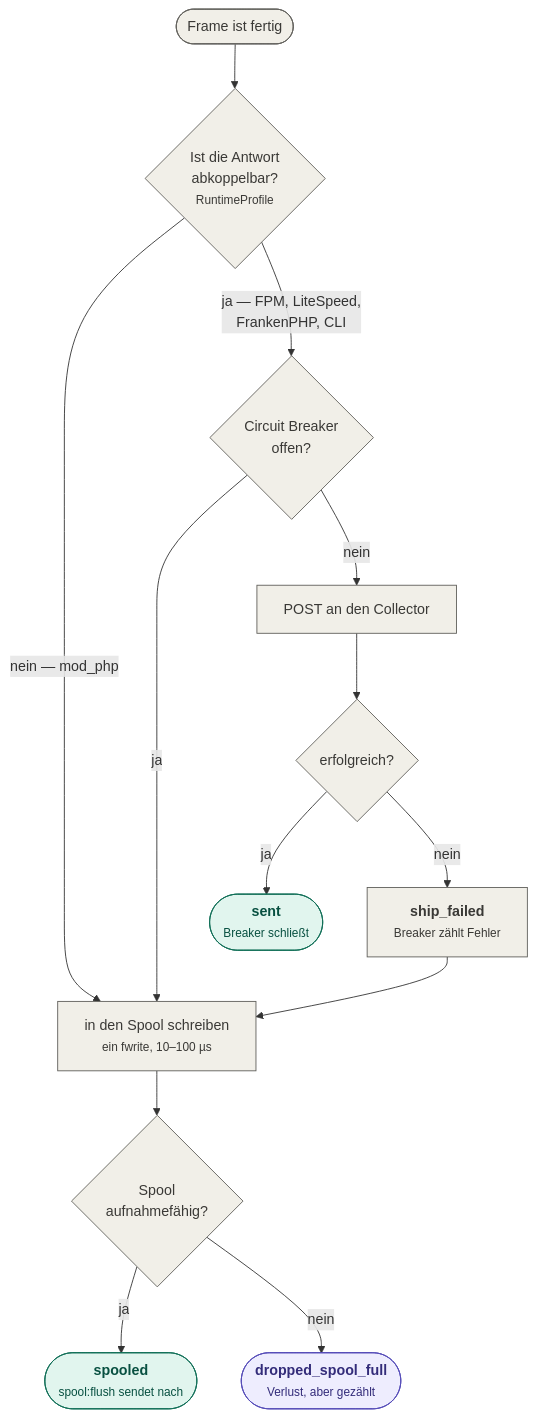
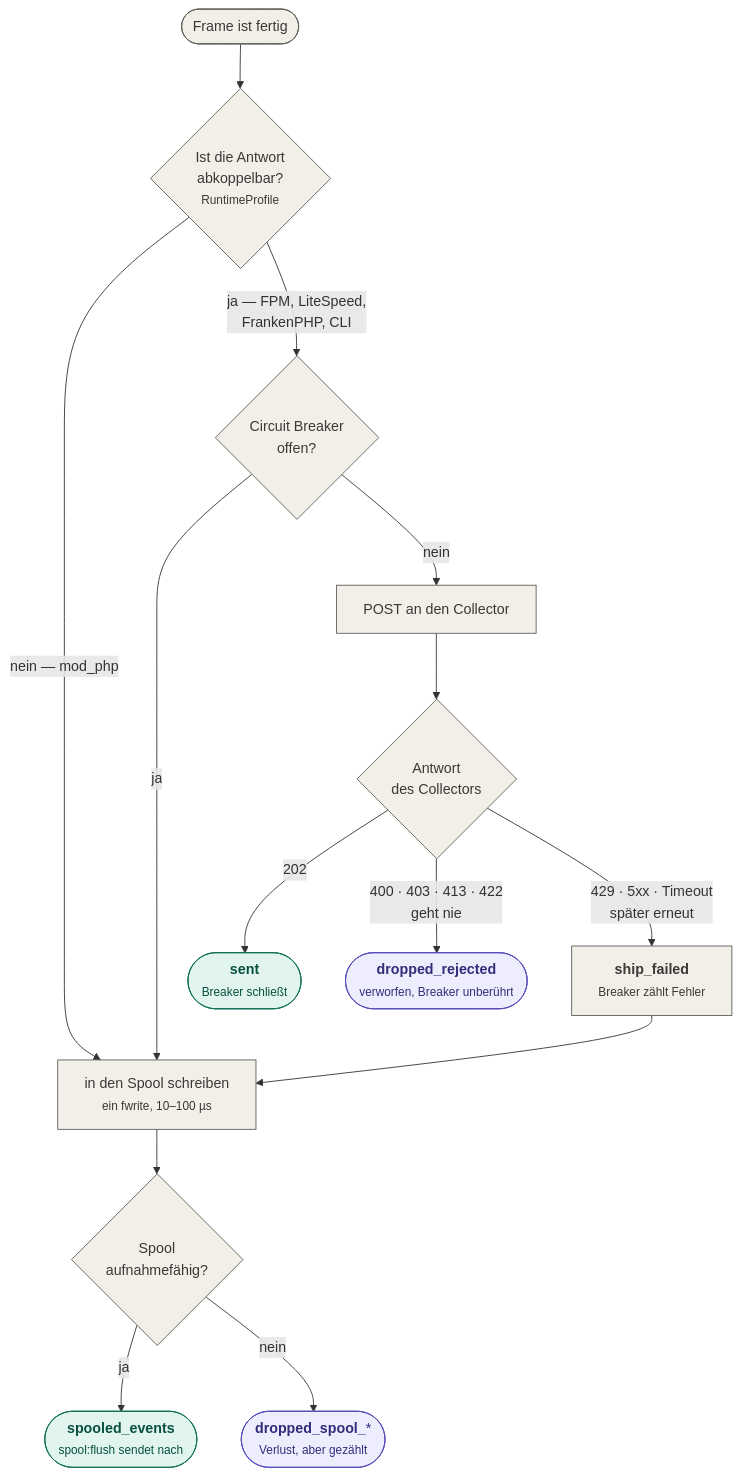
Before and after one commit to projektmotor/ids-sensor-bundle: the first of 2 diagrams in doc/05-versandweg.md, drawn with Mermaid. The commit also changed other lines of this file and 26 other files, not shown here.

````diff
--- a/doc/05-versandweg.md
+++ b/doc/05-versandweg.md
@@ -9,30 +9,31 @@
 ```mermaid
 flowchart TB
     start(["Frame ist fertig"])
     start --> q1{"Ist die Antwort<br/>abkoppelbar?<br/><small>RuntimeProfile</small>"}
 
     q1 -->|"nein — mod_php"| spool
     q1 -->|"ja — FPM, LiteSpeed,<br/>FrankenPHP, CLI"| q2
 
     q2{"Circuit Breaker<br/>offen?"}
     q2 -->|"ja"| spool
     q2 -->|"nein"| ship["POST an den Collector"]
 
-    ship --> q3{"erfolgreich?"}
-    q3 -->|"ja"| done(["`**sent**<br/><small>Breaker schließt</small>`"])
-    q3 -->|"nein"| fail["`**ship_failed**<br/><small>Breaker zählt Fehler</small>`"]
+    ship --> q3{"Antwort<br/>des Collectors"}
+    q3 -->|"202"| done(["`**sent**<br/><small>Breaker schließt</small>`"])
+    q3 -->|"400 · 403 · 413 · 422<br/>geht nie"| reject(["`**dropped_rejected**<br/><small>verworfen, Breaker unberührt</small>`"])
+    q3 -->|"429 · 5xx · Timeout<br/>später erneut"| fail["`**ship_failed**<br/><small>Breaker zählt Fehler</small>`"]
     fail --> spool
 
     spool["in den Spool schreiben<br/><small>ein fwrite, 10–100 µs</small>"]
     spool --> q4{"Spool<br/>aufnahmefähig?"}
-    q4 -->|"ja"| spooled(["`**spooled**<br/><small>spool:flush sendet nach</small>`"])
-    q4 -->|"nein"| lost(["`**dropped_spool_full**<br/><small>Verlust, aber gezählt</small>`"])
+    q4 -->|"ja"| spooled(["`**spooled_events**<br/><small>spool:flush sendet nach</small>`"])
+    q4 -->|"nein"| lost(["`**dropped_spool_***<br/><small>Verlust, aber gezählt</small>`"])
 
     classDef capture fill:#E1F5EE,stroke:#0F6E56,color:#085041
     classDef transport fill:#F1EFE8,stroke:#5F5E5A,color:#3A3936
     classDef data fill:#EEEDFE,stroke:#534AB7,color:#332C7A
     class start,q1,q2,q3,q4 transport
     class ship,spool,fail transport
     class done,spooled capture
-    class lost data
+    class lost,reject data
 ```
````
